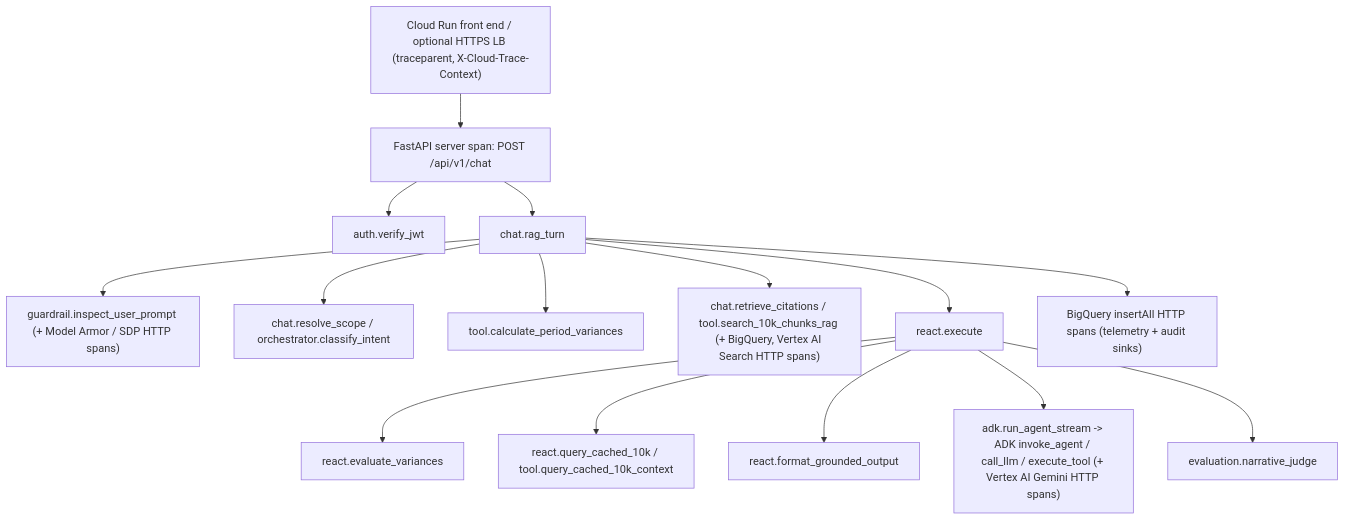
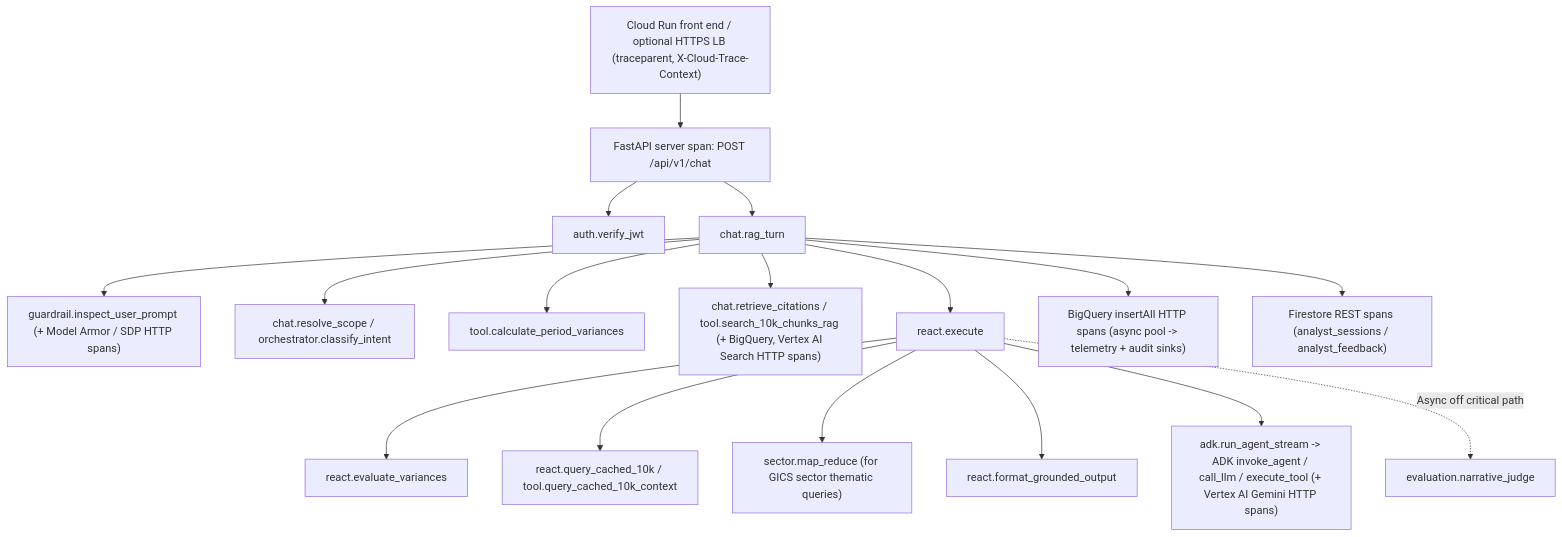
The diagram in docs/observability.md (jackbetcher-work/edgar_capstone), drawn with Mermaid before and after one commit. The commit also changed other lines of this file and 7 other files, not shown here.

````diff
--- a/docs/observability.md
+++ b/docs/observability.md
@@ -15,17 +15,19 @@
 ```mermaid
 flowchart TD
     LB["Cloud Run front end / optional HTTPS LB (traceparent, X-Cloud-Trace-Context)"] --> S["FastAPI server span: POST /api/v1/chat"]
     S --> A["auth.verify_jwt"]
     S --> T["chat.rag_turn"]
     T --> G["guardrail.inspect_user_prompt (+ Model Armor / SDP HTTP spans)"]
     T --> R["chat.resolve_scope / orchestrator.classify_intent"]
     T --> V["tool.calculate_period_variances"]
     T --> C["chat.retrieve_citations / tool.search_10k_chunks_rag (+ BigQuery, Vertex AI Search HTTP spans)"]
     T --> X["react.execute"]
     X --> E["react.evaluate_variances"]
     X --> Q["react.query_cached_10k / tool.query_cached_10k_context"]
+    X --> M["sector.map_reduce (for GICS sector thematic queries)"]
     X --> F["react.format_grounded_output"]
     X --> L["adk.run_agent_stream -> ADK invoke_agent / call_llm / execute_tool (+ Vertex AI Gemini HTTP spans)"]
-    X --> J["evaluation.narrative_judge"]
-    T --> B["BigQuery insertAll HTTP spans (telemetry + audit sinks)"]
+    X -.->|Async off critical path| J["evaluation.narrative_judge"]
+    T --> B["BigQuery insertAll HTTP spans (async pool -> telemetry + audit sinks)"]
+    T --> FS["Firestore REST spans (analyst_sessions / analyst_feedback)"]
 ```
````
